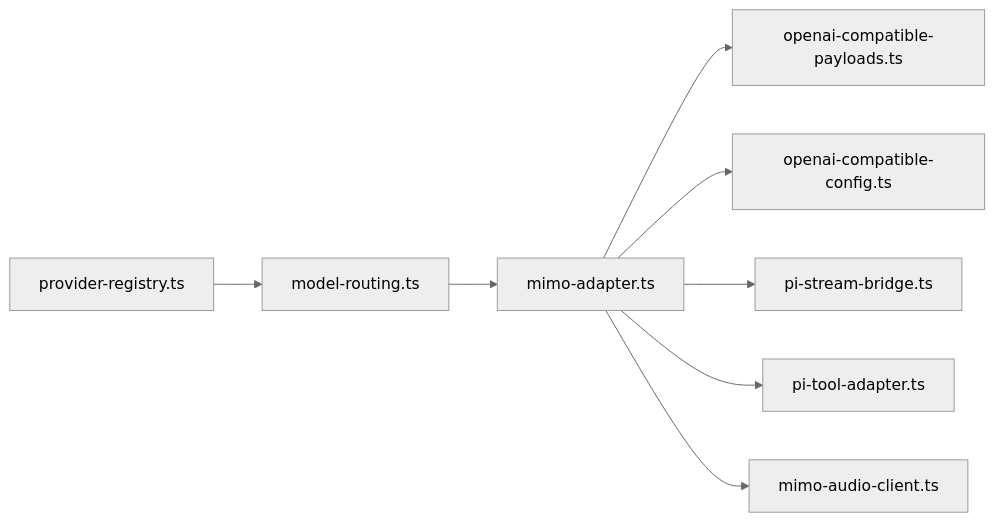
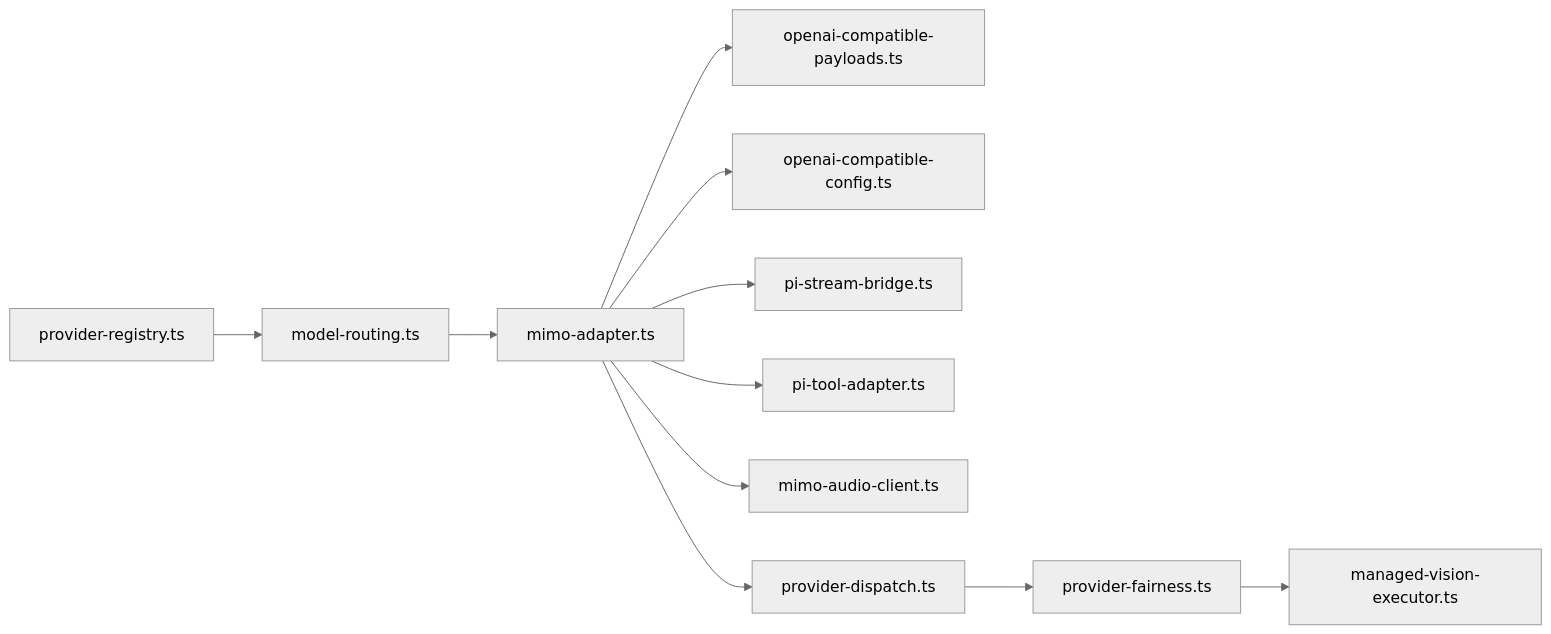
Diagram 13 of 13 in .qoder/repowiki/zh/content/AI系统集成/Mimo适配器.md (scottcwy/PurpleInk), drawn with Mermaid (neutral theme) before and after one commit. The commit also changed other lines of this file and 23 other files, not shown here.

````diff
--- a/.qoder/repowiki/zh/content/AI系统集成/Mimo适配器.md
+++ b/.qoder/repowiki/zh/content/AI系统集成/Mimo适配器.md
@@ -334,10 +481,13 @@
 ```mermaid
 graph LR
 Reg["provider-registry.ts"] --> Rout["model-routing.ts"]
 Rout --> Ada["mimo-adapter.ts"]
 Ada --> OAP["openai-compatible-payloads.ts"]
 Ada --> OAC["openai-compatible-config.ts"]
 Ada --> Str["pi-stream-bridge.ts"]
 Ada --> Tool["pi-tool-adapter.ts"]
 Ada --> Aud["mimo-audio-client.ts"]
+Ada --> Disp["provider-dispatch.ts"]
+Disp --> Fair["provider-fairness.ts"]
+Fair --> Exec["managed-vision-executor.ts"]
 ```
````
